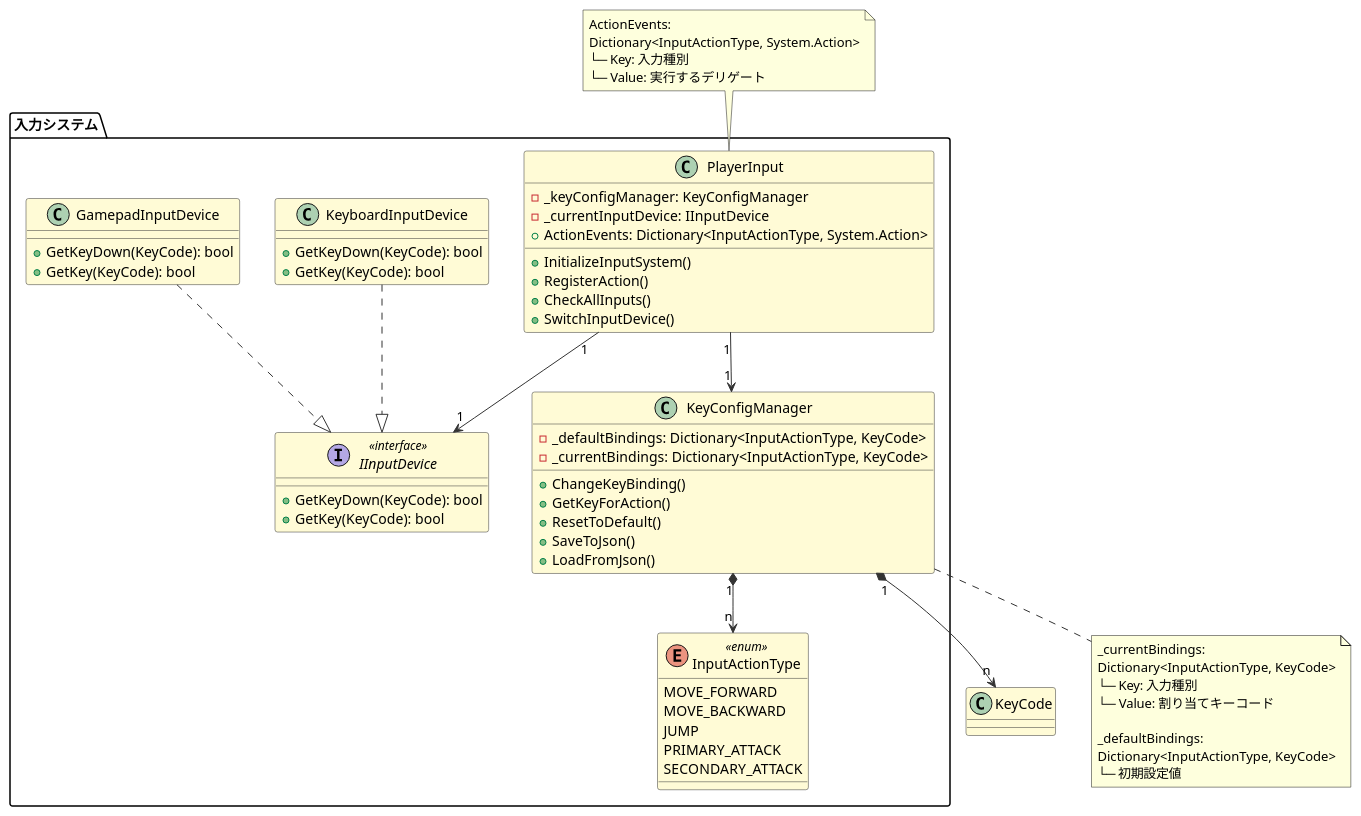
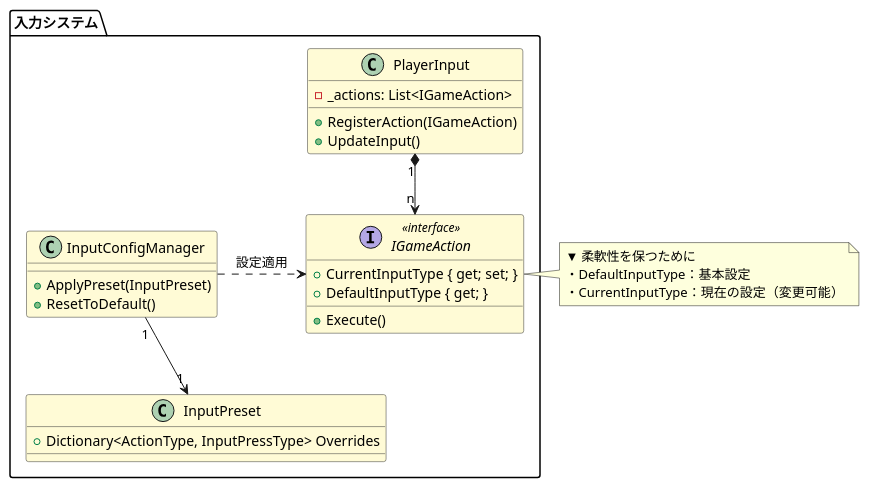
Before and after one commit to Renren11212/GEARTHESIS: the diagram in Assets/Tajiri/Scripts/UMLs/ASW_KEYCONFIG.pu, drawn with PlantUML. The commit also changed 14 other files, not shown here.

```diff
--- a/Assets/Tajiri/Scripts/UMLs/ASW_KEYCONFIG.pu
+++ b/Assets/Tajiri/Scripts/UMLs/ASW_KEYCONFIG.pu
@@ -1,82 +1,41 @@
-@startuml InputSystemUML
+@startuml ConfigurableInputDesign
 
 skinparam class {
     BackgroundColor #FFFBD6
     BorderColor #333333
-    ArrowColor #333333
 }
 
 package "入力システム" {
-    enum InputActionType <<enum>> {
-        MOVE_FORWARD
-        MOVE_BACKWARD
-        JUMP
-        PRIMARY_ATTACK
-        SECONDARY_ATTACK
+    interface IGameAction <<interface>> {
+        +Execute()
+        +CurrentInputType { get; set; }
+        +DefaultInputType { get; }
     }
 
     class PlayerInput {
-        -_keyConfigManager: KeyConfigManager
-        -_currentInputDevice: IInputDevice
-        +ActionEvents: Dictionary<InputActionType, System.Action>
-        +InitializeInputSystem()
-        +RegisterAction()
-        +CheckAllInputs()
-        +SwitchInputDevice()
+        -_actions: List<IGameAction>
+        +RegisterAction(IGameAction)
+        +UpdateInput()
     }
 
-    interface IInputDevice <<interface>> {
-        +GetKeyDown(KeyCode): bool
-        +GetKey(KeyCode): bool
+    class InputConfigManager {
+        +ApplyPreset(InputPreset)
+        +ResetToDefault()
     }
 
-    class KeyConfigManager {
-        -_defaultBindings: Dictionary<InputActionType, KeyCode>
-        -_currentBindings: Dictionary<InputActionType, KeyCode>
-        +ChangeKeyBinding()
-        +GetKeyForAction()
-        +ResetToDefault()
-        +SaveToJson()
-        +LoadFromJson()
-    }
-
-    class KeyboardInputDevice {
-        +GetKeyDown(KeyCode): bool
-        +GetKey(KeyCode): bool
-    }
-
-    class GamepadInputDevice {
-        +GetKeyDown(KeyCode): bool
-        +GetKey(KeyCode): bool
+    class InputPreset {
+        +Dictionary<ActionType, InputPressType> Overrides
     }
 }
 
-' 関係性定義
-PlayerInput "1" --> "1" KeyConfigManager
-PlayerInput "1" --> "1" IInputDevice
-KeyConfigManager "1" *--> "n" InputActionType
-KeyConfigManager "1" *--> "n" KeyCode
+PlayerInput "1" *--> "n" IGameAction
+InputConfigManager .> IGameAction : 設定適用
+InputConfigManager "1" --> "1" InputPreset
 
-KeyboardInputDevice ..|> IInputDevice
-GamepadInputDevice ..|> IInputDevice
-
-' 辞書型の可視化
-note top of PlayerInput
-    ActionEvents:
-    Dictionary<InputActionType, System.Action>
-    └─ Key: 入力種別
-    └─ Value: 実行するデリゲート
-end note
-
-note bottom of KeyConfigManager
-    _currentBindings:
-    Dictionary<InputActionType, KeyCode>
-    └─ Key: 入力種別
-    └─ Value: 割り当てキーコード
-
-    _defaultBindings:
-    Dictionary<InputActionType, KeyCode>
-    └─ 初期設定値
+note right of IGameAction
+    ▼ 柔軟性を保つために
+    ・DefaultInputType：基本設定
+    ・CurrentInputType：現在の設定（変更可能）
 end note
 
 @enduml
```
